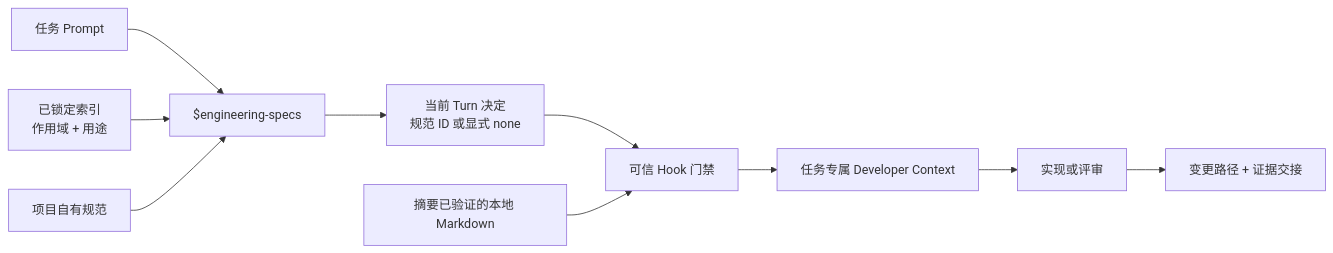
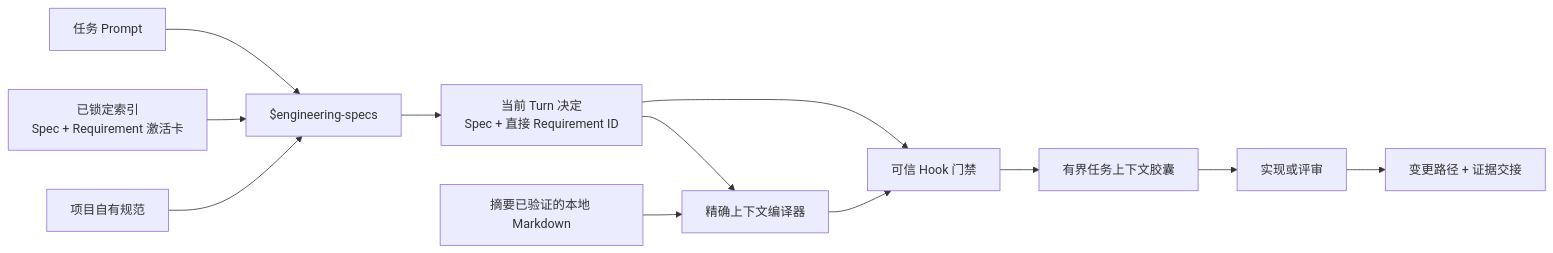
The third of 4 diagrams in docs/specification-model.zh-CN.md (XiaoWeiKIN/EngineeringSpecifications), drawn with Mermaid before and after one commit. The commit also changed other lines of this file and 18 other files, not shown here.

Commit message:
feat: release requirement-level context activation (#13)

````diff
--- a/docs/specification-model.zh-CN.md
+++ b/docs/specification-model.zh-CN.md
@@ -157,12 +174,14 @@
 ```mermaid
 flowchart LR
     Prompt["任务 Prompt"] --> Route["$engineering-specs"]
-    Index["已锁定索引<br/>作用域 + 用途"] --> Route
+    Index["已锁定索引<br/>Spec + Requirement 激活卡"] --> Route
     Project["项目自有规范"] --> Route
-    Route --> Decision["当前 Turn 决定<br/>规范 ID 或显式 none"]
+    Route --> Decision["当前 Turn 决定<br/>Spec + 直接 Requirement ID"]
     Decision --> Gate["可信 Hook 门禁"]
-    Local["摘要已验证的本地 Markdown"] --> Gate
-    Gate --> Context["任务专属 Developer Context"]
+    Local["摘要已验证的本地 Markdown"] --> Compiler["精确上下文编译器"]
+    Decision --> Compiler
+    Compiler --> Gate
+    Gate --> Context["有界任务上下文胶囊"]
     Context --> Work["实现或评审"]
     Work --> Audit["变更路径 + 证据交接"]
 ```
````
